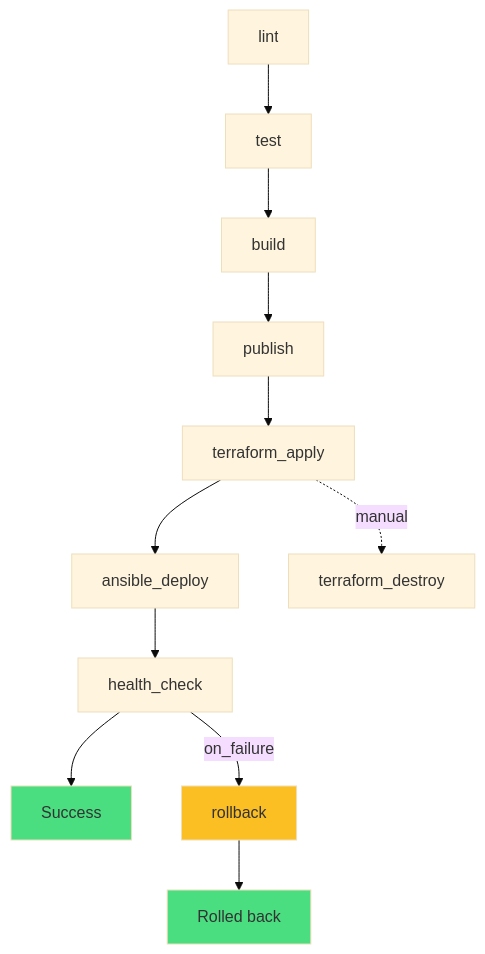
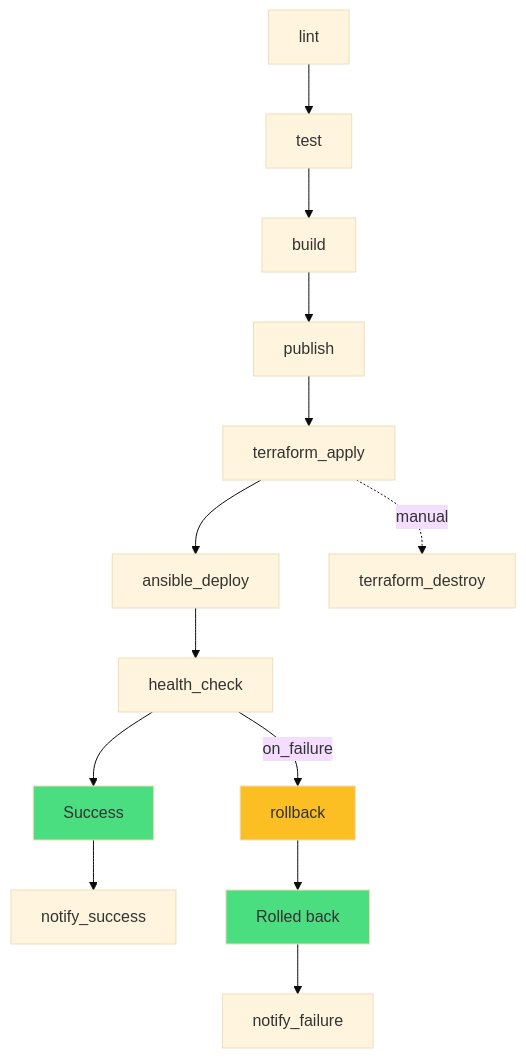
One commit to AlexeyKuzko/devops_diploma changed the diagram in README.md. Above: the diagram before and after it, drawn with Mermaid (base theme). The commit also changed other lines of this file and 1 other file, not shown here.

Commit message:
adding notify

````diff
--- a/README.md
+++ b/README.md
@@ -44,17 +44,19 @@
 ```mermaid
 flowchart TD
     A[lint] --> B[test]
     B --> C[build]
     C --> D[publish]
     D --> E[terraform_apply]
     E --> F[ansible_deploy]
     F --> G[health_check]
     G --> H[Success]
+    H --> L[notify_success]
     G -->|on_failure| I[rollback]
     I --> J[Rolled back]
+    J --> M[notify_failure]
     E -. manual .-> K[terraform_destroy]
 
     style H fill:#4ade80
     style J fill:#4ade80
     style I fill:#fbbf24
 ```
````
